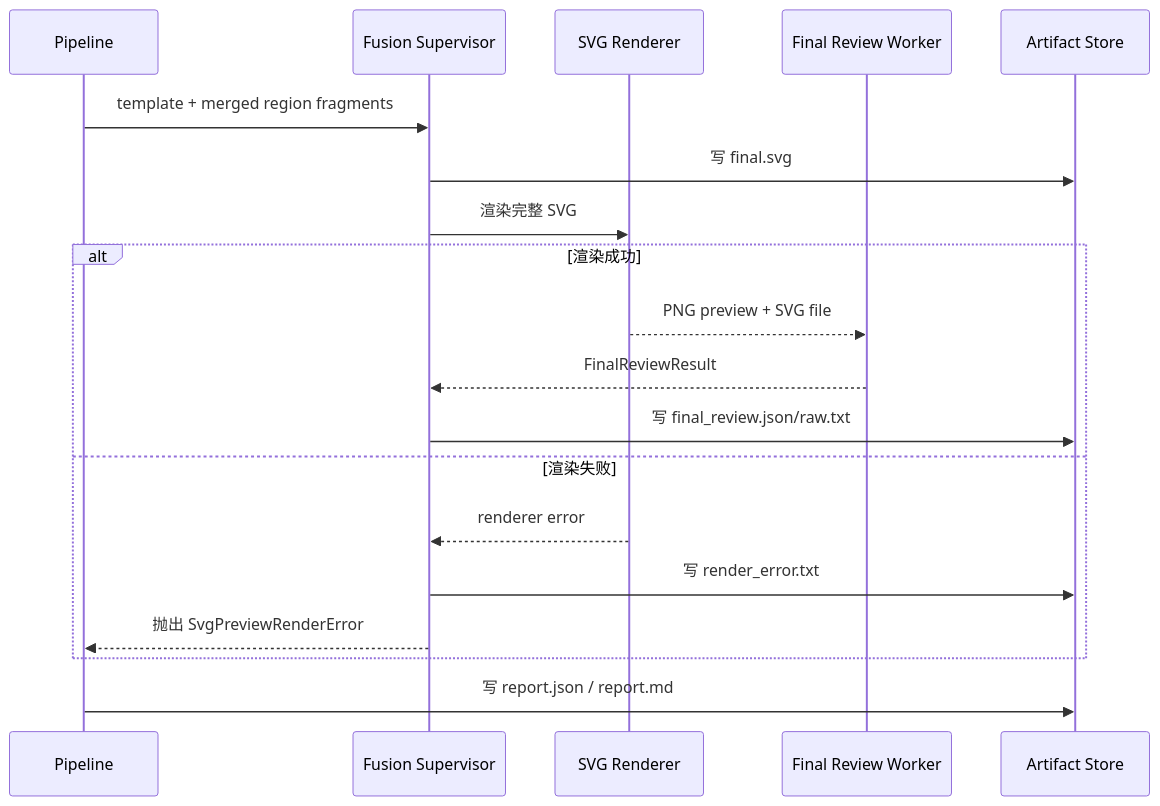
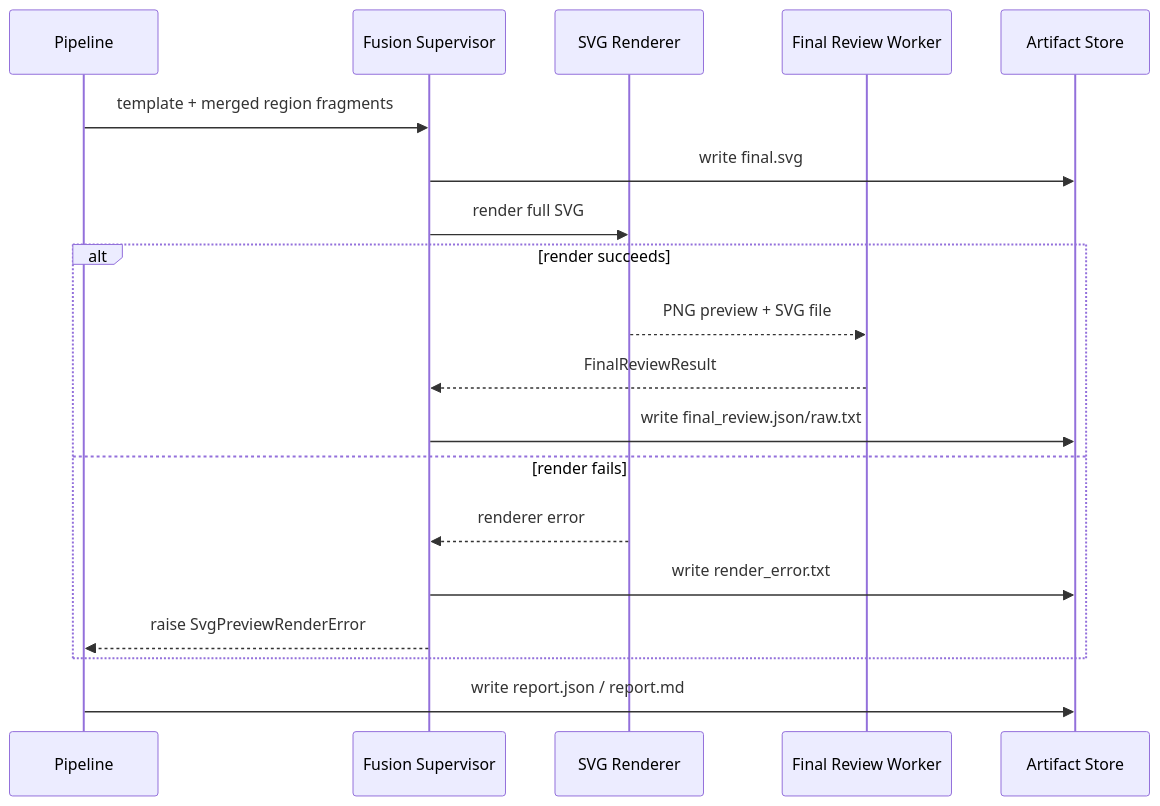
The fifth of 6 diagrams in architecture-summary/02-conversion-workflow.md (PeiXingXie/Raster2SVG-Demo), drawn with Mermaid before and after one commit. The commit also changed other lines of this file and 14 other files, not shown here.

````diff
--- a/architecture-summary/02-conversion-workflow.md
+++ b/architecture-summary/02-conversion-workflow.md
@@ -144,22 +158,22 @@
 ```mermaid
 sequenceDiagram
     participant P as Pipeline
     participant F as Fusion Supervisor
     participant R as SVG Renderer
     participant V as Final Review Worker
     participant D as Artifact Store
 
     P->>F: template + merged region fragments
-    F->>D: 写 final.svg
-    F->>R: 渲染完整 SVG
-    alt 渲染成功
+    F->>D: write final.svg
+    F->>R: render full SVG
+    alt render succeeds
         R-->>V: PNG preview + SVG file
         V-->>F: FinalReviewResult
-        F->>D: 写 final_review.json/raw.txt
-    else 渲染失败
+        F->>D: write final_review.json/raw.txt
+    else render fails
         R-->>F: renderer error
-        F->>D: 写 render_error.txt
-        F-->>P: 抛出 SvgPreviewRenderError
+        F->>D: write render_error.txt
+        F-->>P: raise SvgPreviewRenderError
     end
-    P->>D: 写 report.json / report.md
+    P->>D: write report.json / report.md
 ```
````
